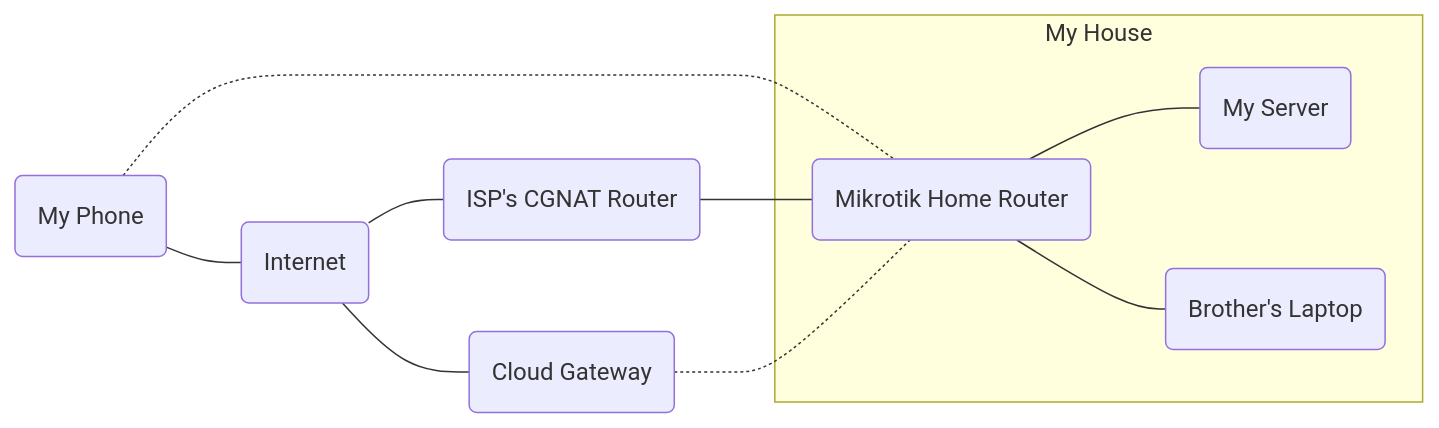
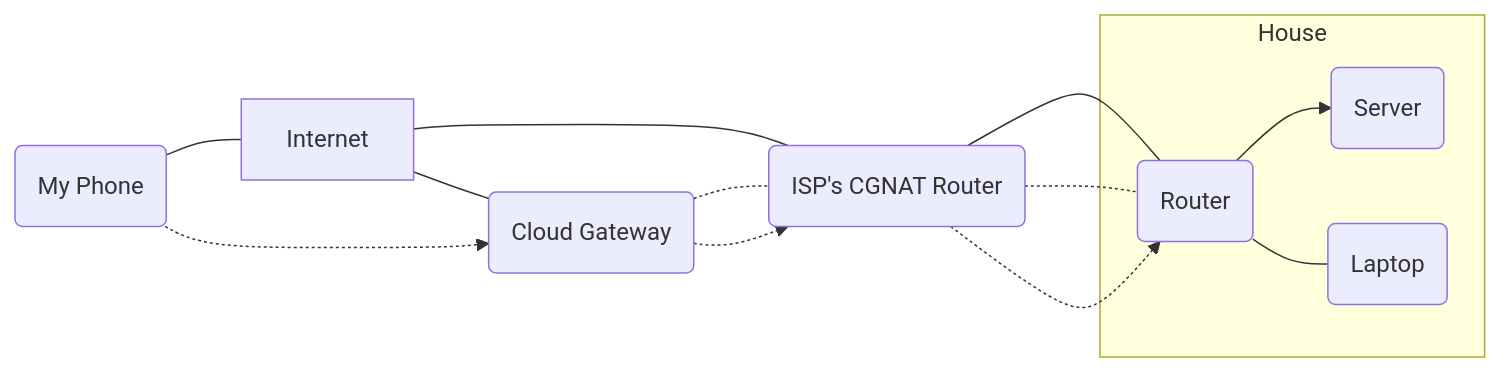
The diagram in content/posts/recursive-vpns.md (yottapanda/website), drawn with Mermaid before and after one commit. The commit also changed other lines of this file, not shown here.

Commit message:
Good diagram vpns

```diff
--- a/content/posts/recursive-vpns.md
+++ b/content/posts/recursive-vpns.md
@@ -38,23 +38,24 @@
 {{< mermaid >}}
 graph LR
     Phone(My Phone)
-    Internet(Internet)
+    Internet[Internet]
     Gateway(Cloud Gateway)
     CGNAT(ISP's CGNAT Router)
-
-    subgraph House [My House]
-        Router(Mikrotik Home Router)
-        D(My Server)
-        E(Brother's Laptop)
+    subgraph House [House]
+        Router(Router)
+        Server(Server)
+        Laptop(Laptop)
     end
 
     Internet --- CGNAT
     CGNAT --- Router
     Internet --- Gateway
-    Phone -.- Router
+    Phone -.-> Gateway
     Phone --- Internet
-    Gateway -.- Router
-    Router --- D
-    Router --- E
-
+    Gateway -.- CGNAT
+    Gateway -.-> CGNAT
+    CGNAT -.- Router
+    CGNAT -.-> Router
+    Router --> Server
+    Router --- Laptop
 {{< /mermaid >}}
```
